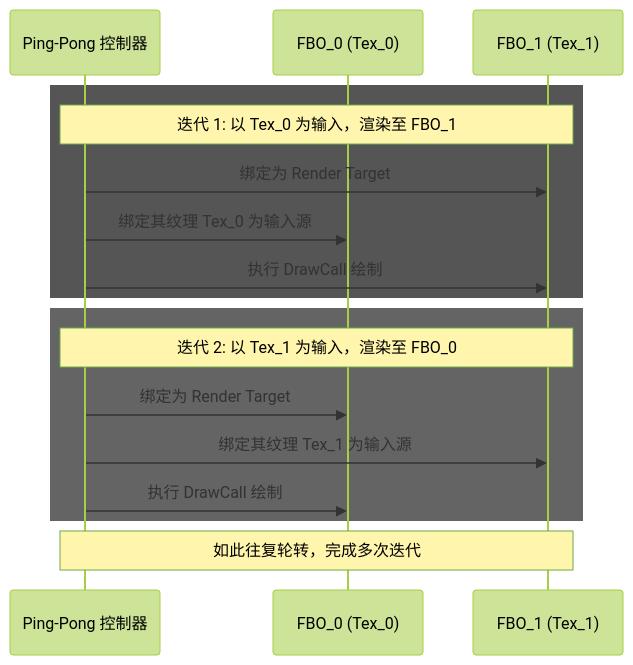
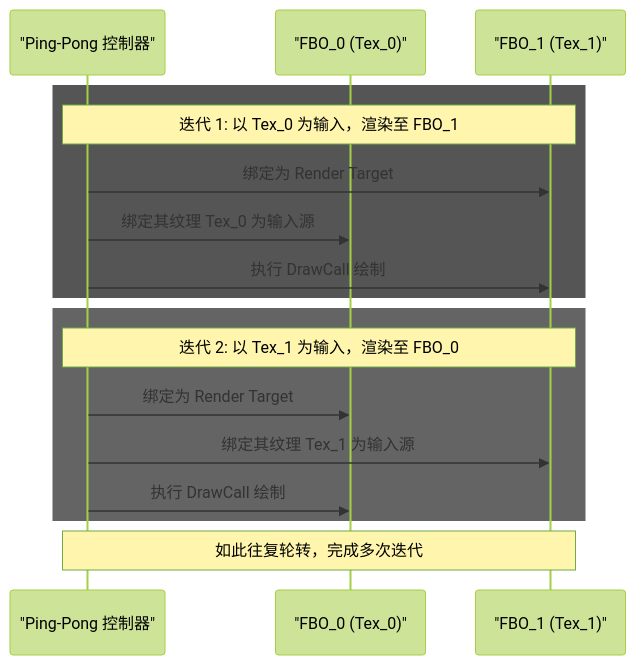
Before and after one commit to iFlicker/AndroidKnowledge: the fifth of 6 diagrams in docs/5.Android/5.2.进阶/5.2.6.NDK与Native/5.2.6.3.图形图像/5.2.6.3.1.OpenGL ES.md, drawn with Mermaid (forest theme). The commit also changed other lines of this file and 91 other files, not shown here.

````diff
--- a/docs/5.Android/5.2.进阶/5.2.6.NDK与Native/5.2.6.3.图形图像/5.2.6.3.1.OpenGL ES.md
+++ b/docs/5.Android/5.2.进阶/5.2.6.NDK与Native/5.2.6.3.图形图像/5.2.6.3.1.OpenGL ES.md
@@ -618,22 +618,22 @@
 ```mermaid
 sequenceDiagram
-    participant P as Ping-Pong 控制器
-    participant F0 as FBO_0 (Tex_0)
-    participant F1 as FBO_1 (Tex_1)
+    participant P as "Ping-Pong 控制器"
+    participant F0 as "FBO_0 (Tex_0)"
+    participant F1 as "FBO_1 (Tex_1)"
     
     rect rgb(85, 85, 85)
     Note over P, F1: 迭代 1: 以 Tex_0 为输入，渲染至 FBO_1
     P->>F1: 绑定为 Render Target
     P->>F0: 绑定其纹理 Tex_0 为输入源
     P->>F1: 执行 DrawCall 绘制
     end
     
     rect rgb(100, 100, 100)
     Note over P, F1: 迭代 2: 以 Tex_1 为输入，渲染至 FBO_0
     P->>F0: 绑定为 Render Target
     P->>F1: 绑定其纹理 Tex_1 为输入源
     P->>F0: 执行 DrawCall 绘制
     end
     
     Note over P, F1: 如此往复轮转，完成多次迭代
 ```
````
